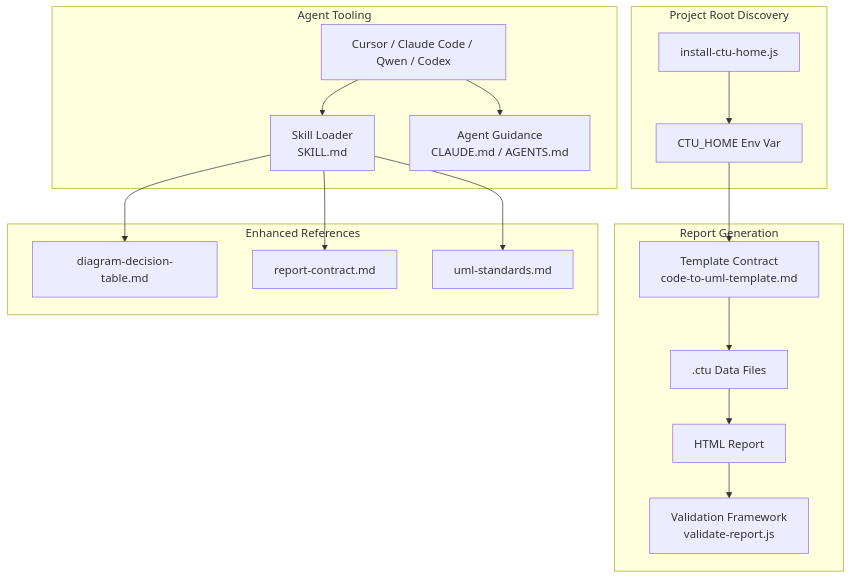
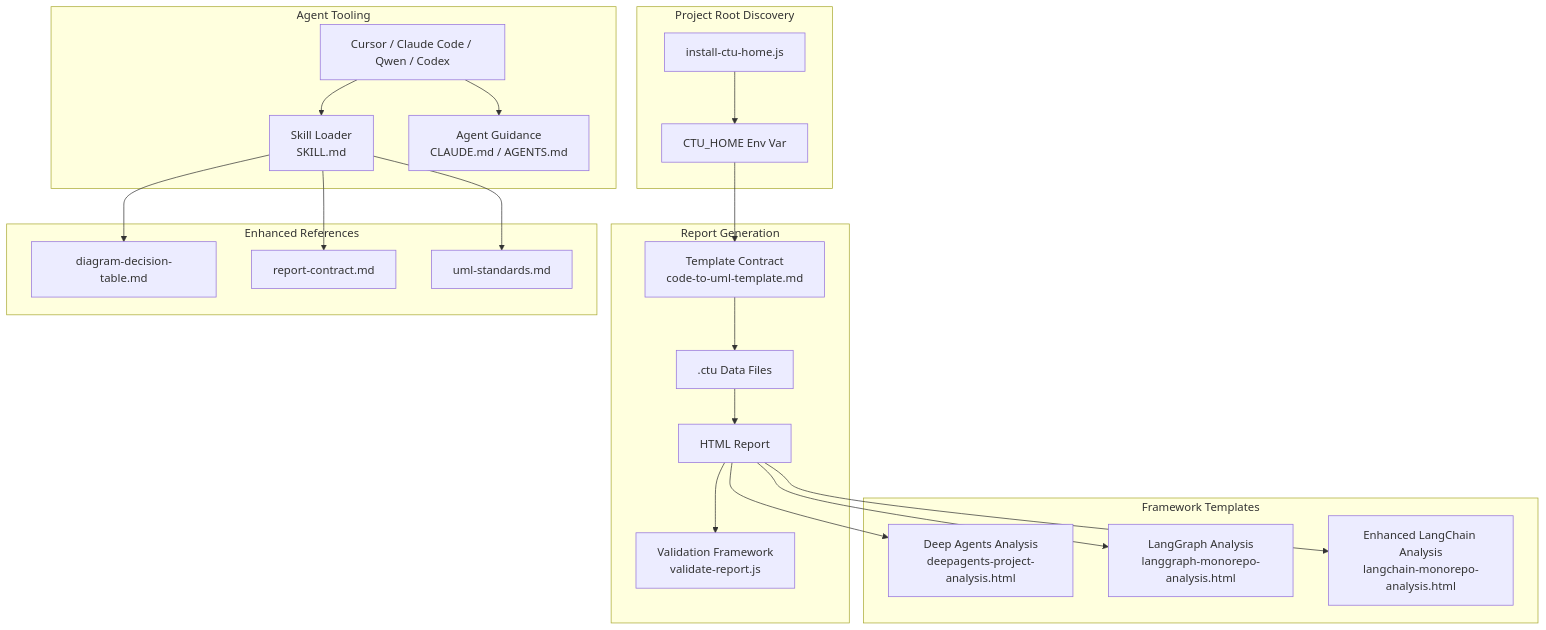
The first of 8 diagrams in .qoder/repowiki/en/content/AI Agent Integration/AI Agent Integration.md (pingwurth/code-to-uml), drawn with Mermaid before and after one commit. The commit also changed other lines of this file and 48 other files, not shown here.

````diff
--- a/.qoder/repowiki/en/content/AI Agent Integration/AI Agent Integration.md
+++ b/.qoder/repowiki/en/content/AI Agent Integration/AI Agent Integration.md
@@ -59,33 +65,41 @@
 ```mermaid
 graph TB
 subgraph "Agent Tooling"
 A["Cursor / Claude Code / Qwen / Codex"]
 B["Skill Loader<br/>SKILL.md"]
 C["Agent Guidance<br/>CLAUDE.md / AGENTS.md"]
 end
 subgraph "Project Root Discovery"
 D["CTU_HOME Env Var"]
 E["install-ctu-home.js"]
 end
 subgraph "Report Generation"
 F["Template Contract<br/>code-to-uml-template.md"]
 G[".ctu Data Files"]
 H["HTML Report"]
 I["Validation Framework<br/>validate-report.js"]
 end
+subgraph "Framework Templates"
+J["Deep Agents Analysis<br/>deepagents-project-analysis.html"]
+K["LangGraph Analysis<br/>langgraph-monorepo-analysis.html"]
+L["Enhanced LangChain Analysis<br/>langchain-monorepo-analysis.html"]
+end
 subgraph "Enhanced References"
-J["diagram-decision-table.md"]
-K["report-contract.md"]
-L["uml-standards.md"]
+M["diagram-decision-table.md"]
+N["report-contract.md"]
+O["uml-standards.md"]
 end
 A --> B
 A --> C
 E --> D
 D --> F
 F --> G
 G --> H
 H --> I
-B --> J
-B --> K
-B --> L
+B --> M
+B --> N
+B --> O
+H --> J
+H --> K
+H --> L
 ```
````
